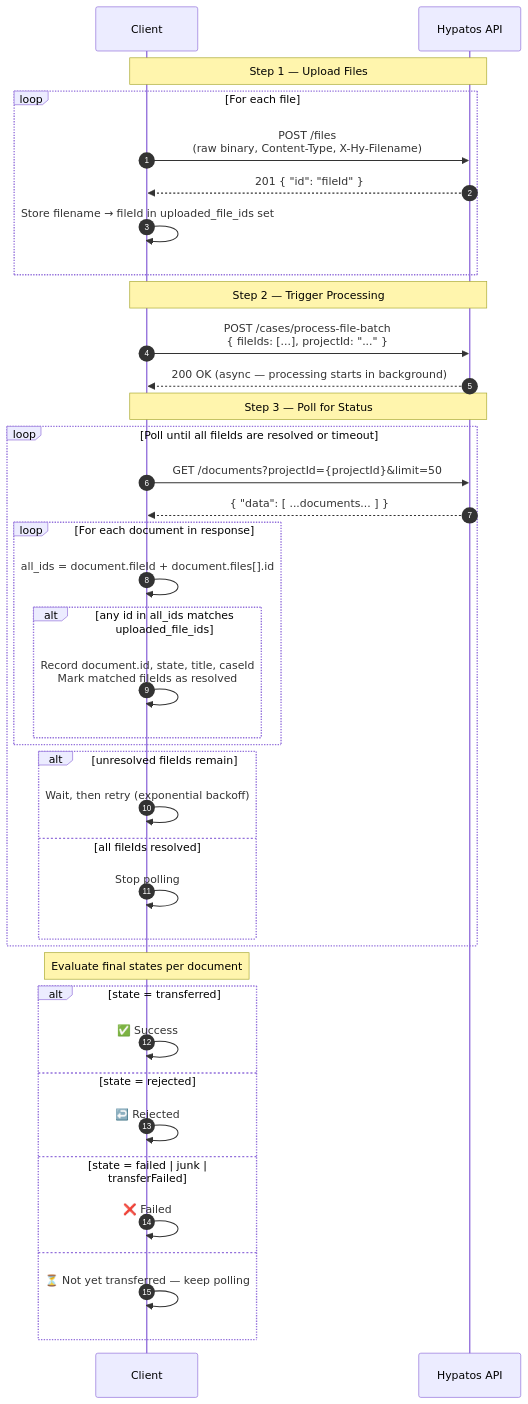
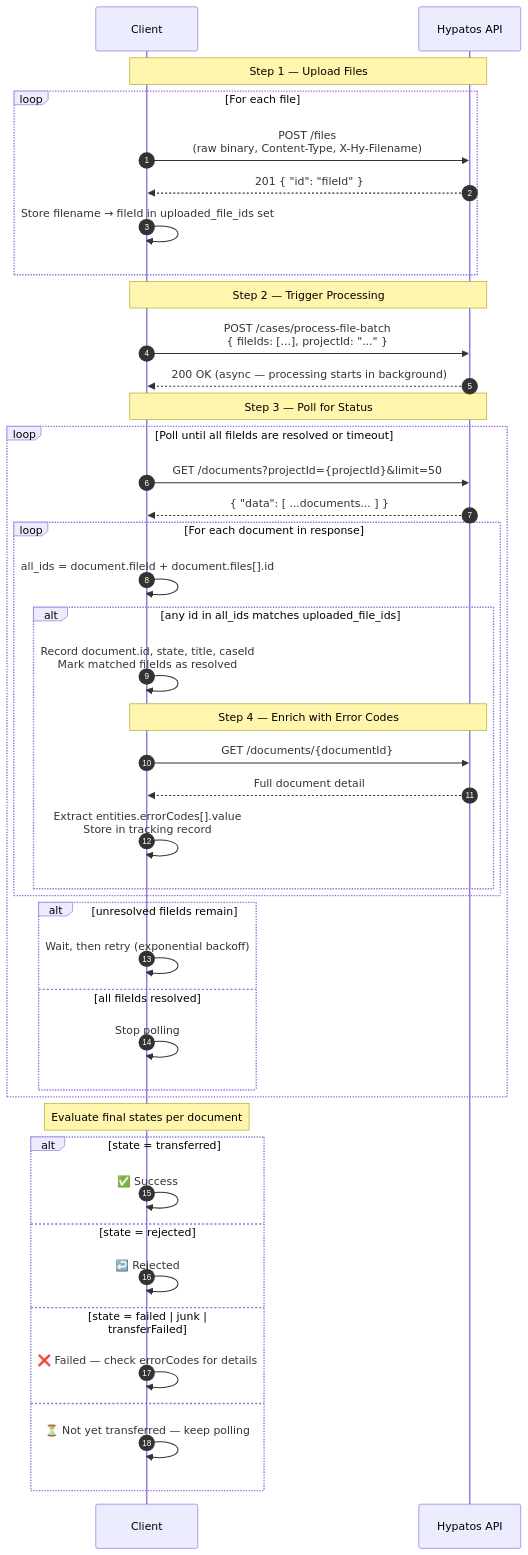
Before and after one commit to stephanHypatos/hycutover: the diagram in docs/file-batch-processing.md, drawn with Mermaid. The commit also changed other lines of this file, not shown here.

First line of the commit message:
Add entities.errorCodes to tracking flow and data model

````diff
--- a/docs/file-batch-processing.md
+++ b/docs/file-batch-processing.md
@@ -179,51 +223,56 @@
 ```mermaid
 sequenceDiagram
     autonumber
     participant Client
     participant API as Hypatos API
 
     Note over Client,API: Step 1 — Upload Files
 
     loop For each file
         Client->>API: POST /files<br/>(raw binary, Content-Type, X-Hy-Filename)
         API-->>Client: 201 { "id": "fileId" }
         Client->>Client: Store filename → fileId in uploaded_file_ids set
     end
 
     Note over Client,API: Step 2 — Trigger Processing
 
     Client->>API: POST /cases/process-file-batch<br/>{ fileIds: [...], projectId: "..." }
     API-->>Client: 200 OK (async — processing starts in background)
 
     Note over Client,API: Step 3 — Poll for Status
 
     loop Poll until all fileIds are resolved or timeout
         Client->>API: GET /documents?projectId={projectId}&limit=50
         API-->>Client: { "data": [ ...documents... ] }
 
         loop For each document in response
             Client->>Client: all_ids = document.fileId + document.files[].id
             alt any id in all_ids matches uploaded_file_ids
                 Client->>Client: Record document.id, state, title, caseId<br/>Mark matched fileIds as resolved
+
+                Note over Client,API: Step 4 — Enrich with Error Codes
+                Client->>API: GET /documents/{documentId}
+                API-->>Client: Full document detail
+                Client->>Client: Extract entities.errorCodes[].value<br/>Store in tracking record
             end
         end
 
         alt unresolved fileIds remain
             Client->>Client: Wait, then retry (exponential backoff)
         else all fileIds resolved
             Client->>Client: Stop polling
         end
     end
 
     Note over Client: Evaluate final states per document
 
     alt state = transferred
         Client->>Client: ✅ Success
     else state = rejected
         Client->>Client: ↩️ Rejected
     else state = failed | junk | transferFailed
-        Client->>Client: ❌ Failed
+        Client->>Client: ❌ Failed — check errorCodes for details
     else
         Client->>Client: ⏳ Not yet transferred — keep polling
     end
 ```
````
